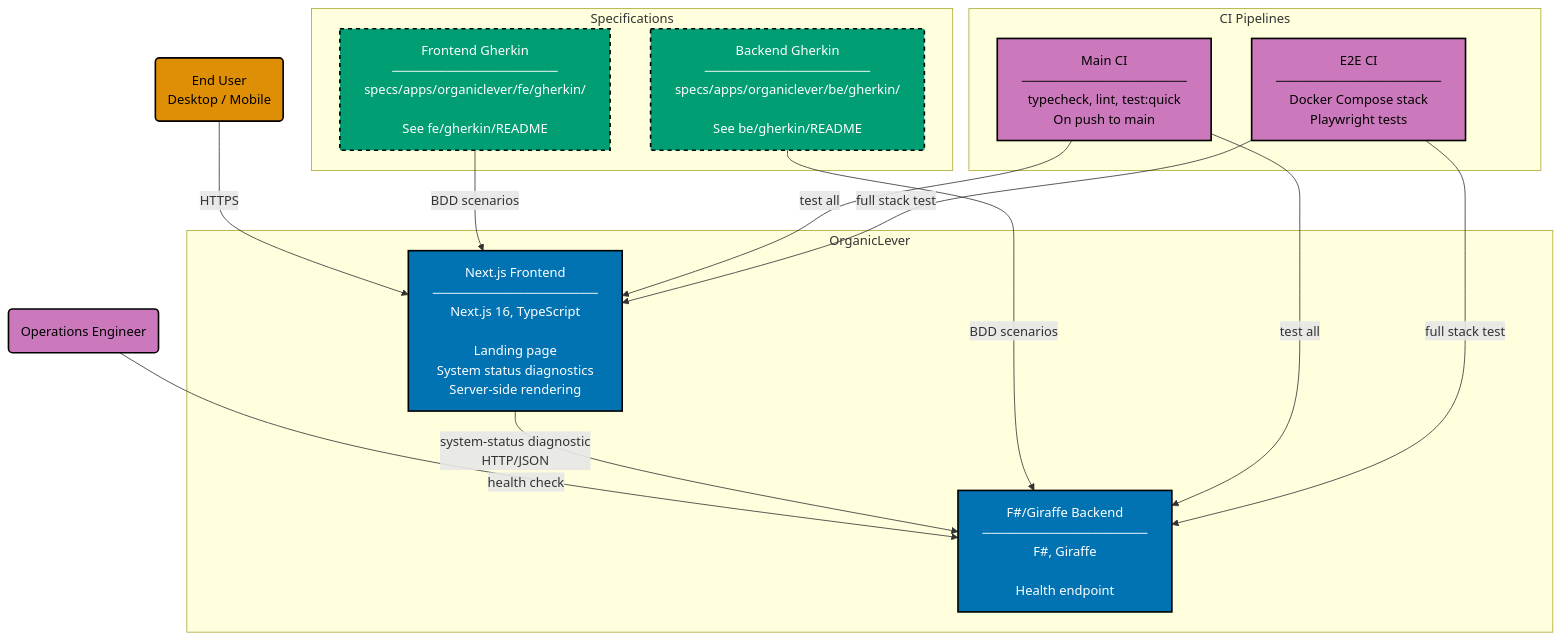
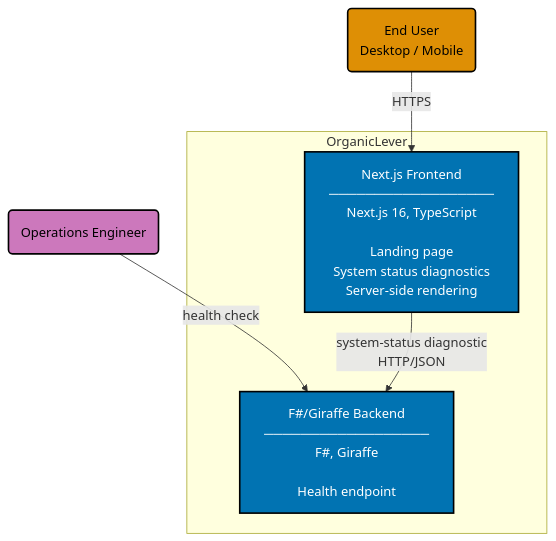
The diagram in specs/apps/organiclever/c4/container.md (wahidyankf/open-sharia-enterprise), drawn with Mermaid before and after one commit. The commit also changed other lines of this file and 1 other file, not shown here.

Commit message:
fix(organiclever-c4): satisfy mermaid validator on context + container
The mermaid validator (rhino-cli docs validate-mermaid) caps rank width
at 4 nodes and label length at 30 chars. The post-strip diagrams
exceeded both:

- context.md had 5 actors at one rank (EU + OPS + SYSTEM + CI + SPEC)
- container.md had 8 nodes at one rank and BE_GHERKIN / FE_GHERKIN
  labels at 35 chars

context.md: drop the SPEC actor (specs are not a system actor —
they're documentation feeding the CI gate). A trailing paragraph now
explains where the spec wiring lives.

container.md: drop SPECS and CICD subgraphs from the diagram and move
their narrative into a new "Specifications and CI Pipelines" section.
The diagram now models only the two runtime containers + two actors,
which is the C4 container-level intent anyway.

````diff
--- a/specs/apps/organiclever/c4/container.md
+++ b/specs/apps/organiclever/c4/container.md
@@ -12,44 +12,22 @@
 ```mermaid
 %% Color Palette: Blue #0173B2 | Orange #DE8F05 | Teal #029E73 | Purple #CC78BC | Brown #CA9161 | Gray #808080
 graph TD
     EU("End User<br/>Desktop / Mobile"):::actor
     OPS("Operations Engineer"):::actor_ops
 
     subgraph SYSTEM["OrganicLever"]
         FE["Next.js Frontend<br/>──────────────────<br/>Next.js 16, TypeScript<br/><br/>Landing page<br/>System status diagnostics<br/>Server-side rendering"]:::container_fe
 
         BE["F#/Giraffe Backend<br/>──────────────────<br/>F#, Giraffe<br/><br/>Health endpoint"]:::container_be
     end
 
-    subgraph SPECS["Specifications"]
-        BE_GHERKIN["Backend Gherkin<br/>──────────────────<br/>specs/apps/organiclever/be/gherkin/<br/><br/>See be/gherkin/README"]:::spec
-
-        FE_GHERKIN["Frontend Gherkin<br/>──────────────────<br/>specs/apps/organiclever/fe/gherkin/<br/><br/>See fe/gherkin/README"]:::spec
-    end
-
-    subgraph CICD["CI Pipelines"]
-        MAIN_CI["Main CI<br/>──────────────────<br/>typecheck, lint, test:quick<br/>On push to main"]:::ci
-
-        E2E_CI["E2E CI<br/>──────────────────<br/>Docker Compose stack<br/>Playwright tests"]:::ci
-    end
-
     EU -->|"HTTPS"| FE
     OPS -->|"health check"| BE
 
     FE -->|"system-status diagnostic<br/>HTTP/JSON"| BE
 
-    BE_GHERKIN -->|"BDD scenarios"| BE
-    FE_GHERKIN -->|"BDD scenarios"| FE
-
-    MAIN_CI -->|"test all"| BE
-    MAIN_CI -->|"test all"| FE
-    E2E_CI -->|"full stack test"| BE
-    E2E_CI -->|"full stack test"| FE
-
     classDef actor fill:#DE8F05,stroke:#000000,color:#000000,stroke-width:2px
     classDef actor_ops fill:#CC78BC,stroke:#000000,color:#000000,stroke-width:2px
     classDef container_fe fill:#0173B2,stroke:#000000,color:#FFFFFF,stroke-width:2px
     classDef container_be fill:#0173B2,stroke:#000000,color:#FFFFFF,stroke-width:2px
-    classDef spec fill:#029E73,stroke:#000000,color:#FFFFFF,stroke-width:2px,stroke-dasharray:5 5
-    classDef ci fill:#CC78BC,stroke:#000000,color:#000000,stroke-width:2px
 ```
````
